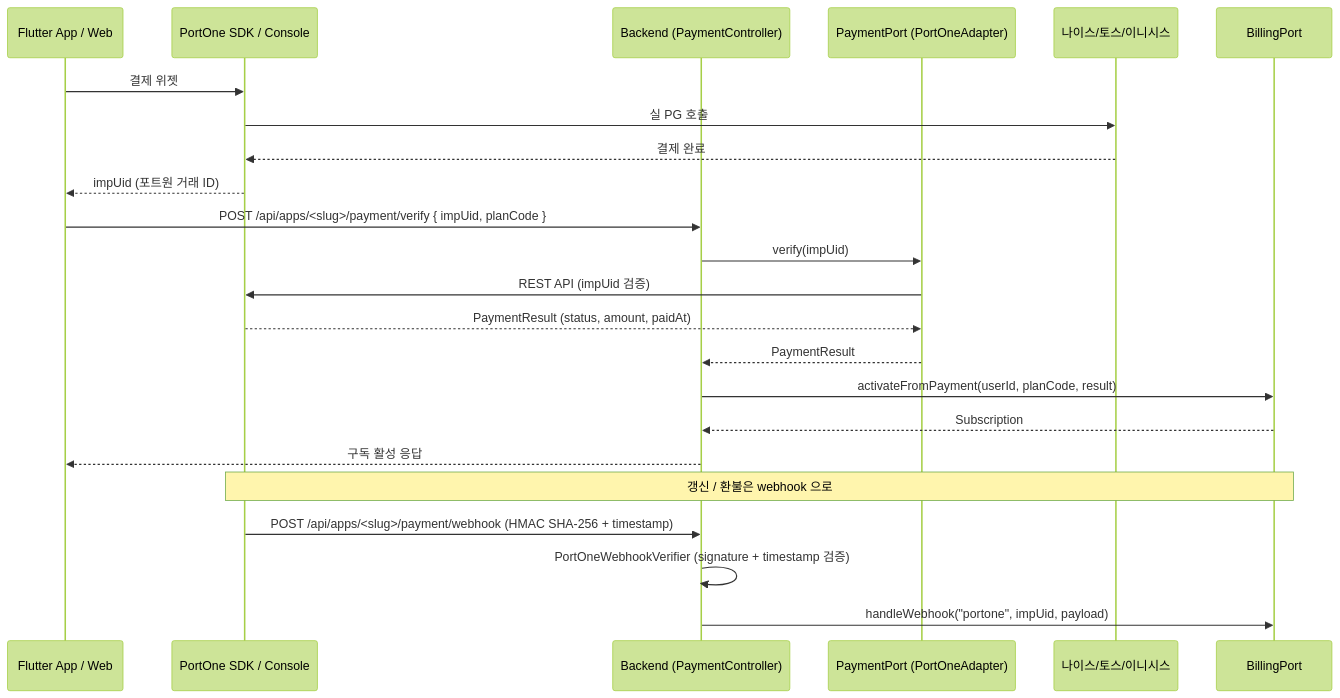
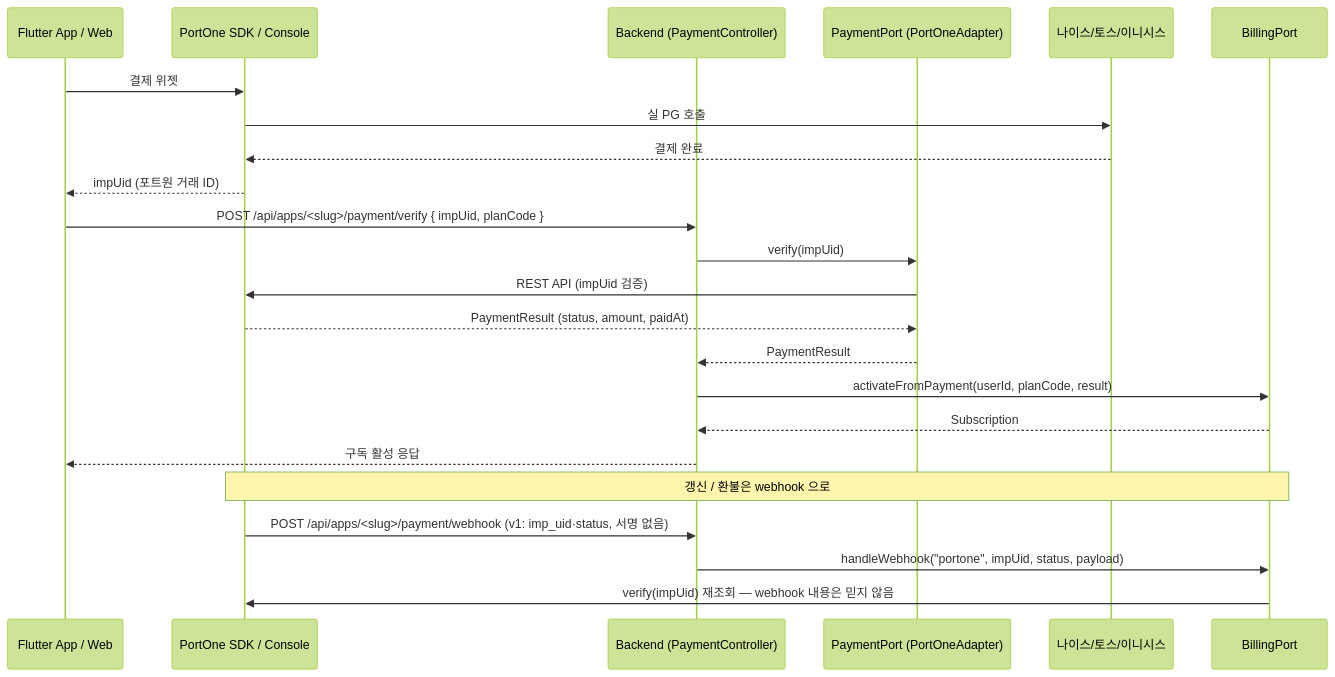
Before and after one commit to storkspear/docs-template-spring: the second of 2 diagrams in docs/api-and-functional/functional/billing-iap-payment.md, drawn with Mermaid (forest theme). The commit also changed other lines of this file and 24 other files, not shown here.

````diff
--- a/docs/api-and-functional/functional/billing-iap-payment.md
+++ b/docs/api-and-functional/functional/billing-iap-payment.md
@@ -79,27 +79,27 @@
 ```mermaid
 sequenceDiagram
     participant App as Flutter App / Web
     participant PortOne as PortOne SDK / Console
     participant API as Backend (PaymentController)
     participant Payment as PaymentPort (PortOneAdapter)
     participant PG as 나이스/토스/이니시스
     participant Billing as BillingPort
 
     App->>PortOne: 결제 위젯
     PortOne->>PG: 실 PG 호출
     PG-->>PortOne: 결제 완료
     PortOne-->>App: impUid (포트원 거래 ID)
     App->>API: POST /api/apps/<slug>/payment/verify { impUid, planCode }
     API->>Payment: verify(impUid)
     Payment->>PortOne: REST API (impUid 검증)
     PortOne-->>Payment: PaymentResult (status, amount, paidAt)
     Payment-->>API: PaymentResult
     API->>Billing: activateFromPayment(userId, planCode, result)
     Billing-->>API: Subscription
     API-->>App: 구독 활성 응답
 
     Note over PortOne, Billing: 갱신 / 환불은 webhook 으로
-    PortOne->>API: POST /api/apps/<slug>/payment/webhook (HMAC SHA-256 + timestamp)
-    API->>API: PortOneWebhookVerifier (signature + timestamp 검증)
-    API->>Billing: handleWebhook("portone", impUid, payload)
+    PortOne->>API: POST /api/apps/<slug>/payment/webhook (v1: imp_uid·status, 서명 없음)
+    API->>Billing: handleWebhook("portone", impUid, status, payload)
+    Billing->>PortOne: verify(impUid) 재조회 — webhook 내용은 믿지 않음
 ```
````
